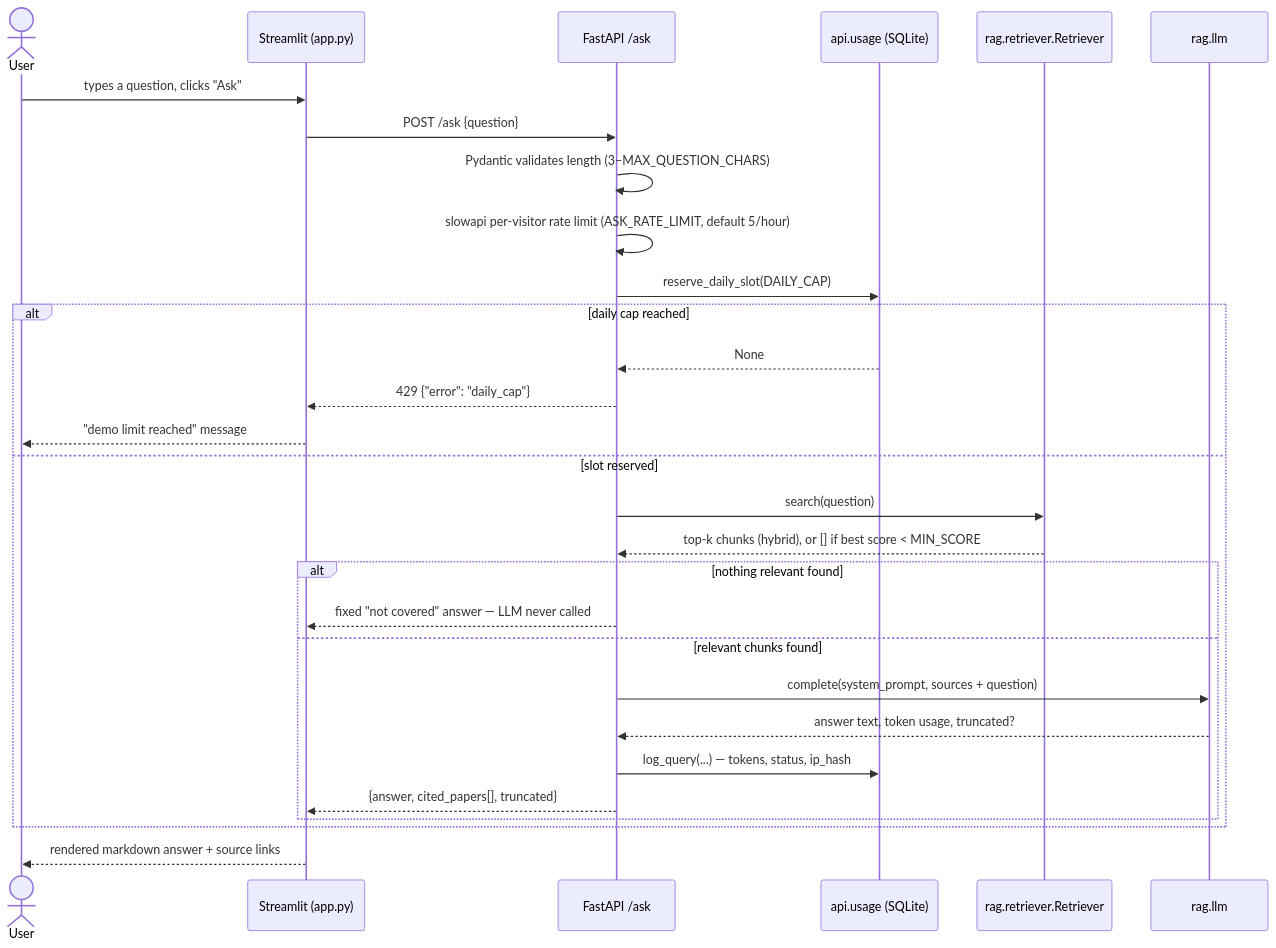
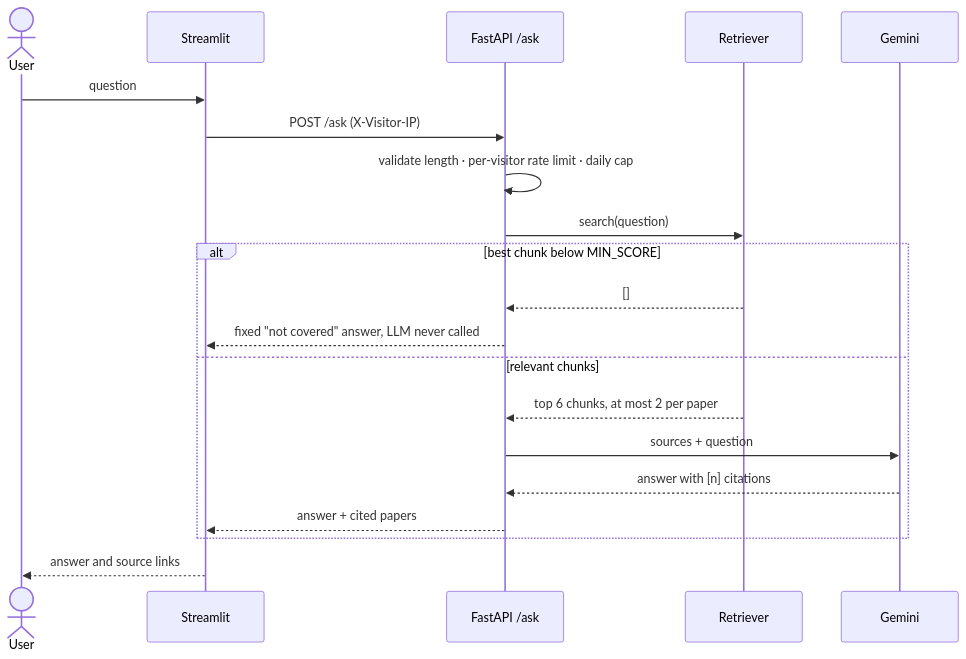
Before and after one commit to anastber/arxiv-research-radar: the second of 2 diagrams in README.md, drawn with Mermaid. The commit also changed other lines of this file and 2 other files, not shown here.

First line of the commit message:
docs: rewrite README for the current architecture, drop unused files

````diff
--- a/README.md
+++ b/README.md
@@ -157,32 +80,23 @@
 ```mermaid
 sequenceDiagram
     actor User
-    participant UI as Streamlit (app.py)
+    participant UI as Streamlit
     participant API as FastAPI /ask
-    participant Usage as api.usage (SQLite)
-    participant Ret as rag.retriever.Retriever
-    participant LLM as rag.llm
+    participant Ret as Retriever
+    participant LLM as Gemini
 
-    User->>UI: types a question, clicks "Ask"
-    UI->>API: POST /ask {question}
-    API->>API: Pydantic validates length (3–MAX_QUESTION_CHARS)
-    API->>API: slowapi per-visitor rate limit (ASK_RATE_LIMIT, default 5/hour)
-    API->>Usage: reserve_daily_slot(DAILY_CAP)
-    alt daily cap reached
-        Usage-->>API: None
-        API-->>UI: 429 {"error": "daily_cap"}
-        UI-->>User: "demo limit reached" message
-    else slot reserved
-        API->>Ret: search(question)
-        Ret-->>API: top-k chunks (hybrid), or [] if best score < MIN_SCORE
-        alt nothing relevant found
-            API-->>UI: fixed "not covered" answer — LLM never called
-        else relevant chunks found
-            API->>LLM: complete(system_prompt, sources + question)
-            LLM-->>API: answer text, token usage, truncated?
-            API->>Usage: log_query(...) — tokens, status, ip_hash
-            API-->>UI: {answer, cited_papers[], truncated}
-        end
+    User->>UI: question
+    UI->>API: POST /ask (X-Visitor-IP)
+    API->>API: validate length · per-visitor rate limit · daily cap
+    API->>Ret: search(question)
+    alt best chunk below MIN_SCORE
+        Ret-->>API: []
+        API-->>UI: fixed "not covered" answer, LLM never called
+    else relevant chunks
+        Ret-->>API: top 6 chunks, at most 2 per paper
+        API->>LLM: sources + question
+        LLM-->>API: answer with [n] citations
+        API-->>UI: answer + cited papers
     end
-    UI-->>User: rendered markdown answer + source links
+    UI-->>User: answer and source links
 ```
````
